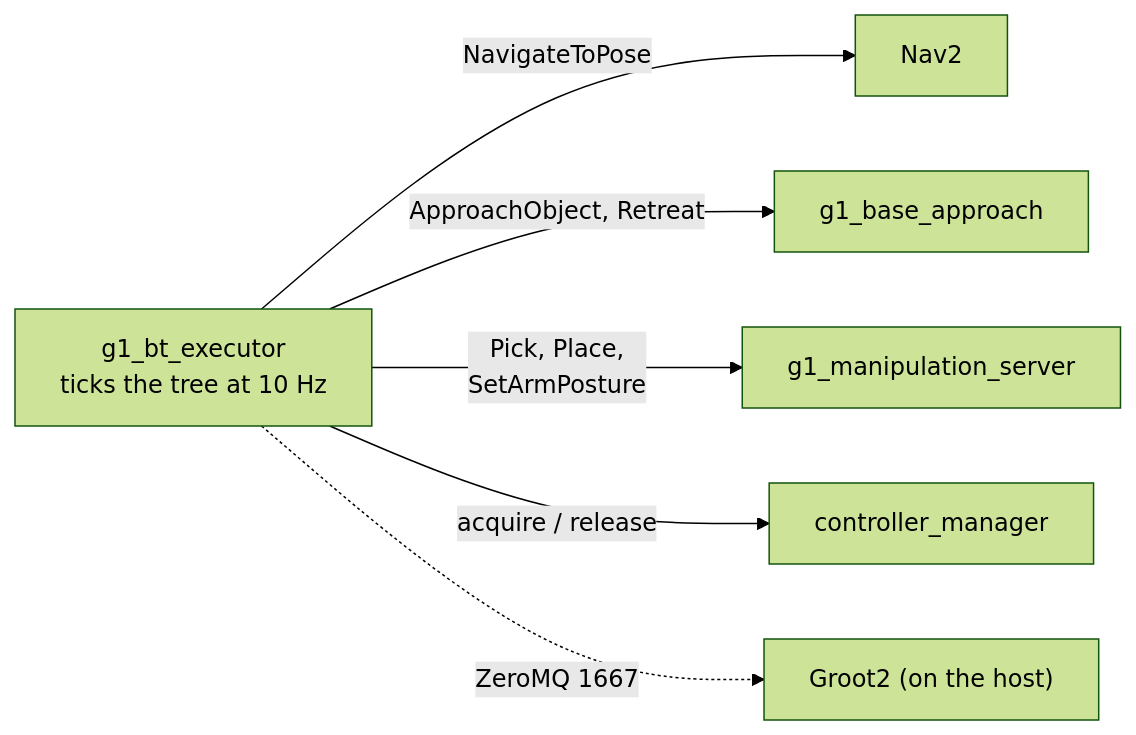
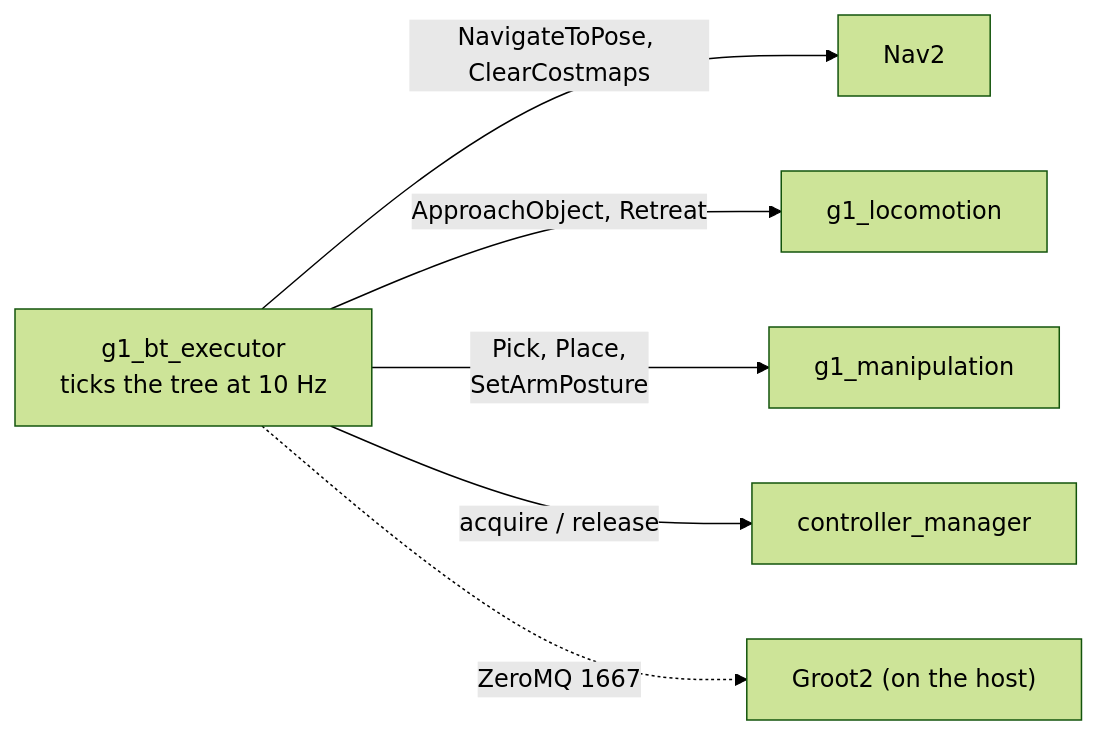
One commit to Adyansh04/grove-g1 changed the diagram in workspace/src/g1_orchestration/README.md. Above: the diagram before and after it, drawn with Mermaid (forest theme). The commit also changed other lines of this file and 3 other files, not shown here.

````diff
--- a/workspace/src/g1_orchestration/README.md
+++ b/workspace/src/g1_orchestration/README.md
@@ -8,9 +6,9 @@
 ```mermaid
 flowchart LR
     EXE["g1_bt_executor<br/>ticks the tree at 10 Hz"]
-    EXE -- "NavigateToPose" --> NAV["Nav2"]
-    EXE -- "ApproachObject, Retreat" --> BA["g1_base_approach"]
-    EXE -- "Pick, Place,<br/>SetArmPosture" --> MAN["g1_manipulation_server"]
+    EXE -- "NavigateToPose, ClearCostmaps" --> NAV["Nav2"]
+    EXE -- "ApproachObject, Retreat" --> BA["g1_locomotion"]
+    EXE -- "Pick, Place,<br/>SetArmPosture" --> MAN["g1_manipulation"]
     EXE -- "acquire / release" --> CM["controller_manager"]
     EXE -. "ZeroMQ 1667" .-> G["Groot2 (on the host)"]
 ```
````
